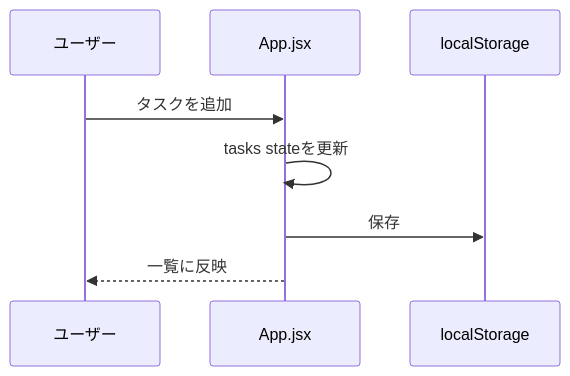
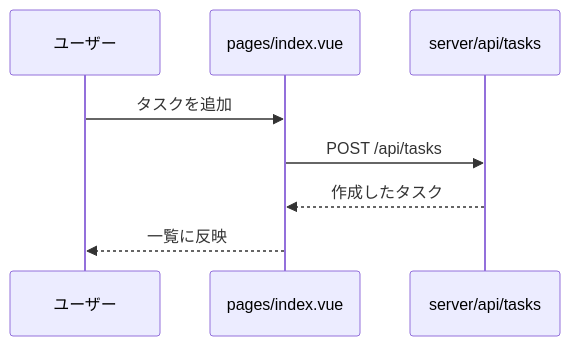
One commit to akinaritakaishi/sample_todo changed the second of 2 diagrams in .claude/skills/commit-and-pr/SKILL.md. Above: the diagram before and after it, drawn with Mermaid. The commit also changed other lines of this file and 5 other files, not shown here.

````diff
--- a/.claude/skills/commit-and-pr/SKILL.md
+++ b/.claude/skills/commit-and-pr/SKILL.md
@@ -112,10 +112,10 @@
 ```mermaid
 sequenceDiagram
     participant U as ユーザー
-    participant App as App.jsx
-    participant LS as localStorage
-    U->>App: タスクを追加
-    App->>App: tasks stateを更新
-    App->>LS: 保存
-    App-->>U: 一覧に反映
+    participant Page as pages/index.vue
+    participant API as server/api/tasks
+    U->>Page: タスクを追加
+    Page->>API: POST /api/tasks
+    API-->>Page: 作成したタスク
+    Page-->>U: 一覧に反映
 ```
````
